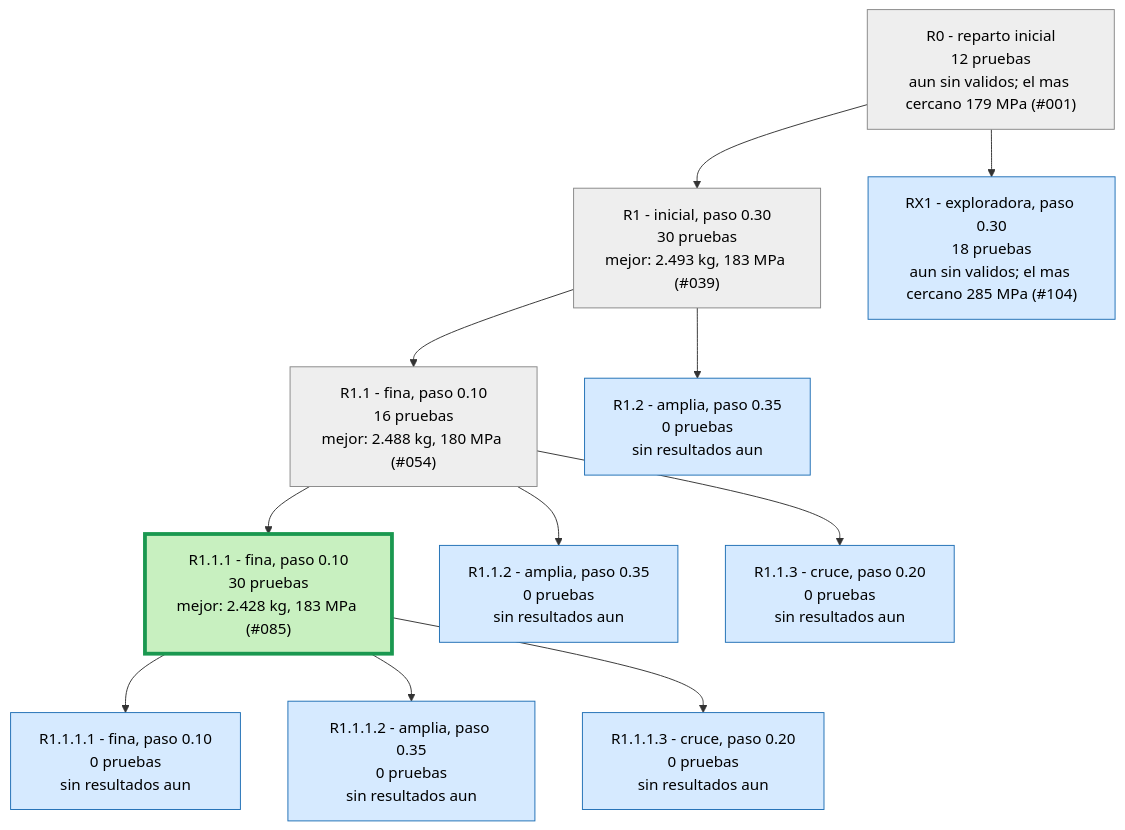
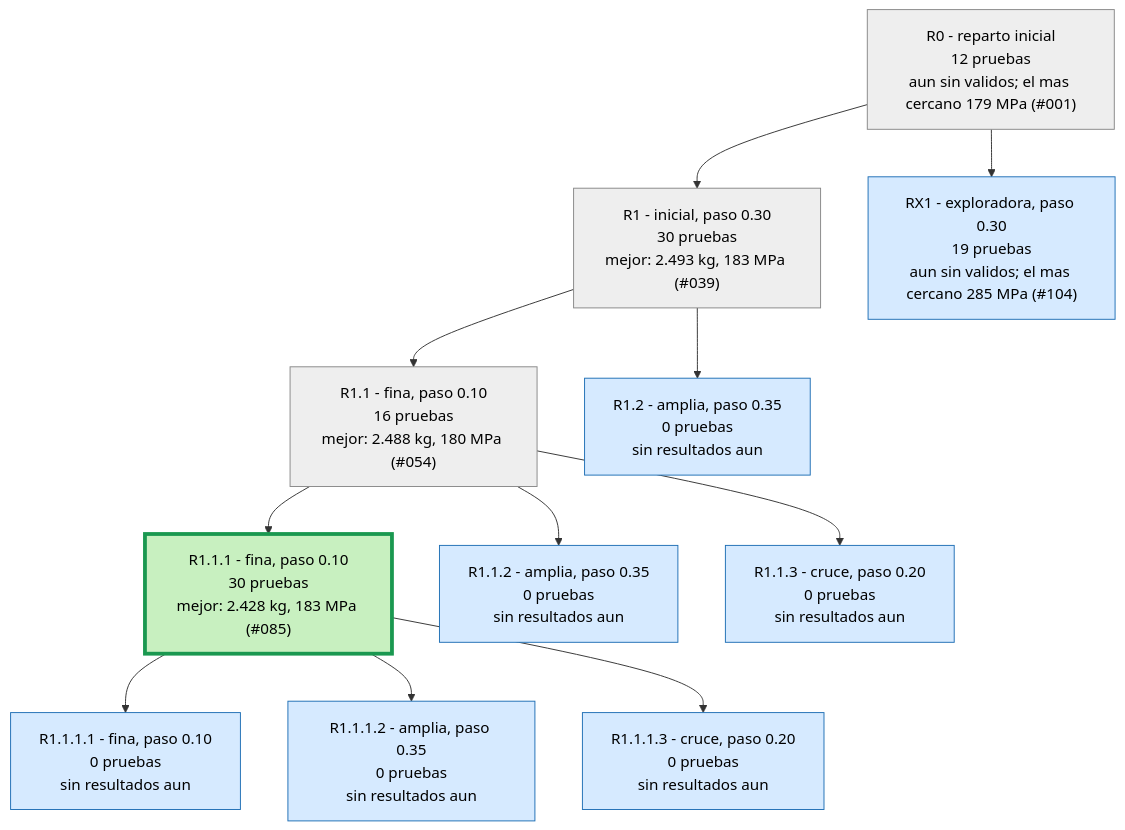
The second of 3 diagrams in runs/opt_37800N/ARBOL.md (Hugiko/msd-soporte-optimizacion), drawn with Mermaid before and after one commit. The commit also changed 19 other files, not shown here.

````diff
--- a/runs/opt_37800N/ARBOL.md
+++ b/runs/opt_37800N/ARBOL.md
@@ -29,27 +29,27 @@
 ```mermaid
 graph TD
 classDef activa fill:#d6eaff,stroke:#1f6fb5,color:#000
 classDef fin fill:#eeeeee,stroke:#888,color:#000
 classDef mejor fill:#c8f0c0,stroke:#1a9850,stroke-width:4px,color:#000
 R0["R0 - reparto inicial<br/>12 pruebas<br/>aun sin validos; el mas cercano 179 MPa (#001)"]:::fin
 R1["R1 - inicial, paso 0.30<br/>30 pruebas<br/>mejor: 2.493 kg, 183 MPa (#039)"]:::fin
 R0 --> R1
 R1_1["R1.1 - fina, paso 0.10<br/>16 pruebas<br/>mejor: 2.488 kg, 180 MPa (#054)"]:::fin
 R1 --> R1_1
 R1_2["R1.2 - amplia, paso 0.35<br/>0 pruebas<br/>sin resultados aun"]:::activa
 R1 --> R1_2
 R1_1_1["R1.1.1 - fina, paso 0.10<br/>30 pruebas<br/>mejor: 2.428 kg, 183 MPa (#085)"]:::mejor
 R1_1 --> R1_1_1
 R1_1_2["R1.1.2 - amplia, paso 0.35<br/>0 pruebas<br/>sin resultados aun"]:::activa
 R1_1 --> R1_1_2
 R1_1_3["R1.1.3 - cruce, paso 0.20<br/>0 pruebas<br/>sin resultados aun"]:::activa
 R1_1 --> R1_1_3
 R1_1_1_1["R1.1.1.1 - fina, paso 0.10<br/>0 pruebas<br/>sin resultados aun"]:::activa
 R1_1_1 --> R1_1_1_1
 R1_1_1_2["R1.1.1.2 - amplia, paso 0.35<br/>0 pruebas<br/>sin resultados aun"]:::activa
 R1_1_1 --> R1_1_1_2
 R1_1_1_3["R1.1.1.3 - cruce, paso 0.20<br/>0 pruebas<br/>sin resultados aun"]:::activa
 R1_1_1 --> R1_1_1_3
-RX1["RX1 - exploradora, paso 0.30<br/>18 pruebas<br/>aun sin validos; el mas cercano 285 MPa (#104)"]:::activa
+RX1["RX1 - exploradora, paso 0.30<br/>19 pruebas<br/>aun sin validos; el mas cercano 285 MPa (#104)"]:::activa
 R0 --> RX1
 ```
````
